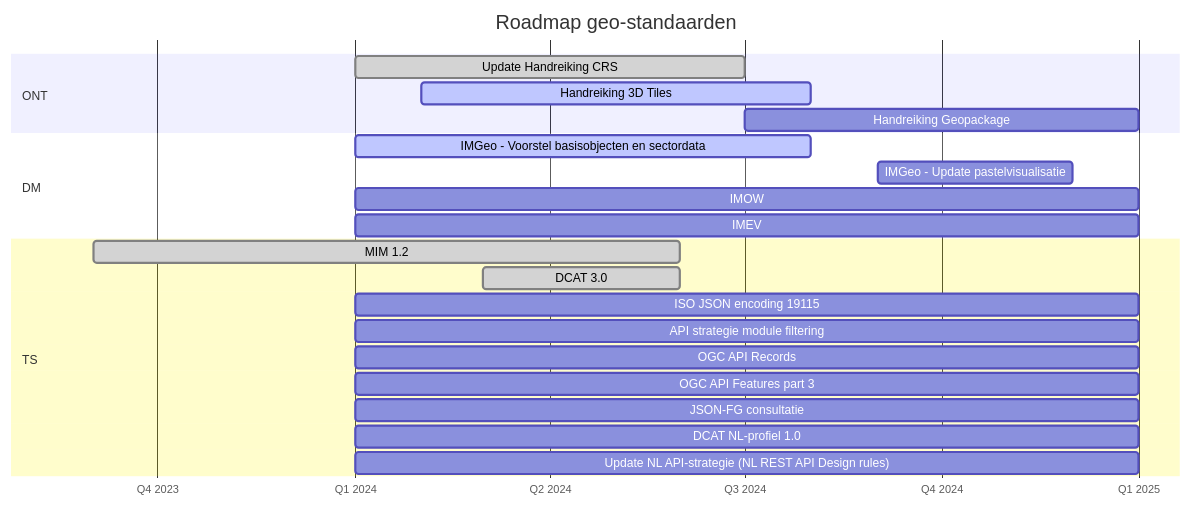
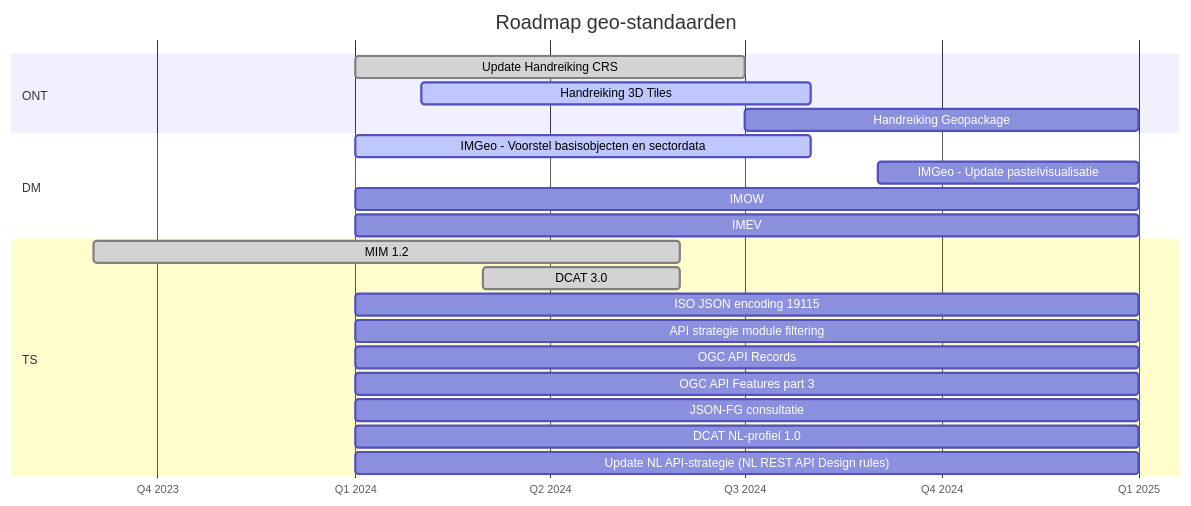
The diagram in roadmap.mmd (Geonovum/roadmap-geostandaarden), drawn with Mermaid before and after one commit.

```diff
--- a/roadmap.mmd
+++ b/roadmap.mmd
@@ -1,47 +1,47 @@
 gantt
     title Roadmap geo-standaarden
     dateFormat YYYY-M
     axisFormat Q%q %Y
     tickInterval 3month
     section ONT
         %% Consultatie GeoPackage and Spatial Schema   :done,      2023-07, 3M
         % Update PTOLU Geo-standaarden                :done,    2023-10, 6M
         %% PoC Rechtendelegatie (oAuth)                :           2023-10, 3M
         %% OGC Code Sprint                             :           2023-10, 1M        
         %%Consultatie IMX-Geo                         :           2024-01, 3M
         Update Handreiking CRS                      :done,           2024-01, 6M        
         Handreiking 3D Tiles                        :active,          2024-02, 6M
         Handreiking Geopackage                      :           2024-07, 6M
         
     section DM        
         %%IMEV 2.0                                    :done,    2023-10, 3M
         %%IMG                                         :done,    2023-10, 3M
         IMGeo - Voorstel basisobjecten en sectordata:active,    2024-01, 7M
-        IMGeo - Update pastelvisualisatie                :      2024-09, 3M
+        IMGeo - Update pastelvisualisatie                :      2024-09, 4M
         IMOW                                        :           2024-01, 12M
         IMEV                                        :           2024-01, 12M
         %% IMKL                                        :           2023-09, 
         %% IMKAD                                       :           2023-09, 
         %% IMWOZ                                       :           2023-09, 
         %% IMBAG                                       :           2023-09, 
         %% IMBOR                                       :           2023-09, 
         %% GWSW                                        :           2023-09, 
         %% IMNA                                        :           2023-09, 
         %% IMDBK / IMROI                               :           2023-09, 
         %% BRT.Next                                    :           2023-09, 
 
     section TS
         MIM 1.2                                               :done,    2023-09, 9M
         %%GeoPackage 1.4                              :active,    2023-10, 3M
         %%CityJSON 2.0                                :active,    2023-10, 3M
         %%OGC Training DML-AI 1.0                     :active,    2023-10, 3M
         %%Consultatie standaard voor begrippenkaders  :           2023-10, 3M        
         %Standaard voor begrippenkaders SBB v1.0.0       :           2024-01, 3M
         DCAT 3.0                                    :done,       2024-03, 3M 
         ISO JSON encoding 19115                     :           2024-01, 12M
         API strategie module filtering              :           2024-01, 12M
         OGC API Records                             :           2024-01, 12M
         OGC API Features part 3                     :           2024-01, 12M
         JSON-FG consultatie                         :           2024-01, 12M
         DCAT NL-profiel 1.0                         :           2024-01, 12M
         Update NL API-strategie (NL REST API Design rules) :    2024-01, 12M
```
